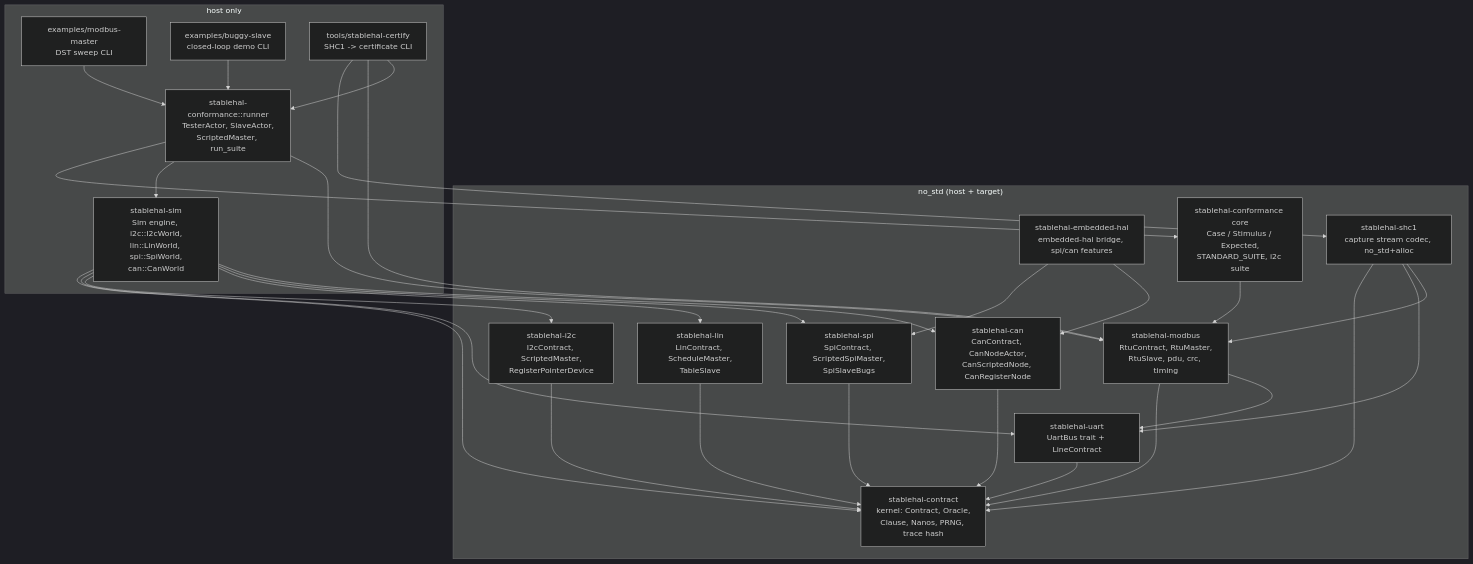
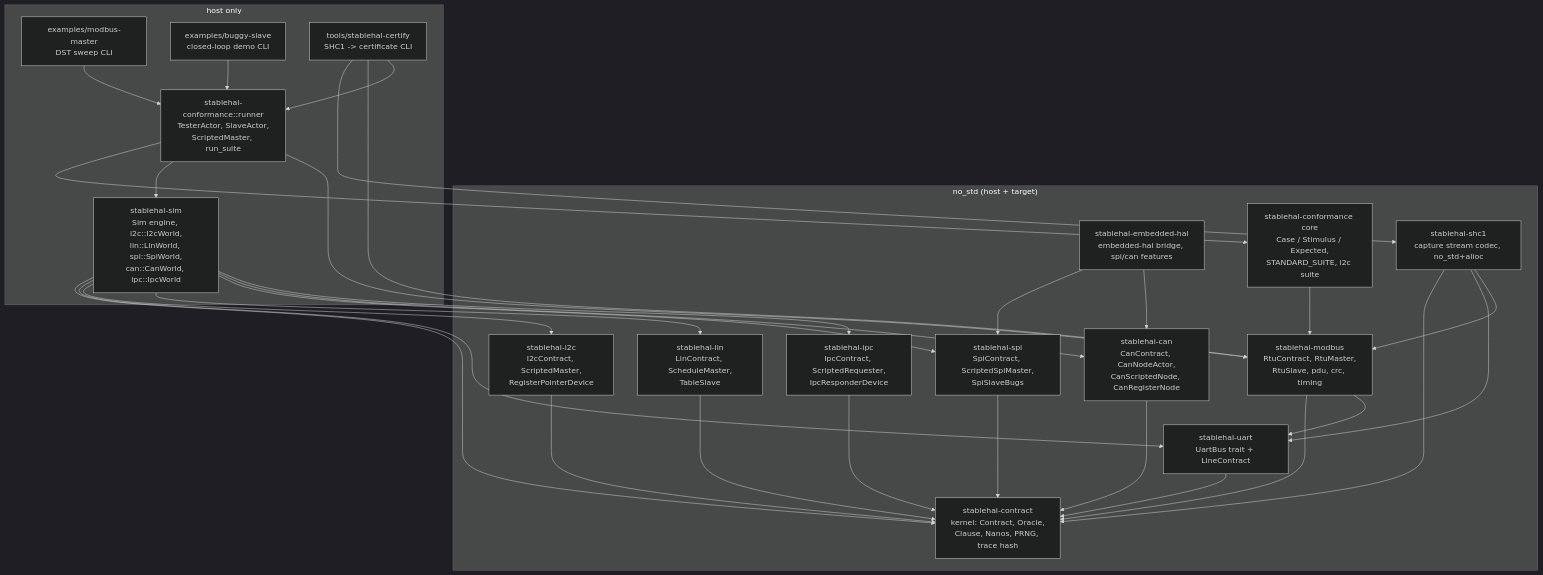
The second of 10 diagrams in docs/architecture.md (akharon/stable-hal), drawn with Mermaid (dark theme) before and after one commit. The commit also changed other lines of this file and 24 other files, not shown here.

````diff
--- a/docs/architecture.md
+++ b/docs/architecture.md
@@ -133,49 +143,52 @@
 ```mermaid
 flowchart TD
     subgraph no_std["no_std (host + target)"]
         CONTRACT[stablehal-contract<br>kernel: Contract, Oracle,<br>Clause, Nanos, PRNG, trace hash]
         UART[stablehal-uart<br>UartBus trait + LineContract]
         MODBUS[stablehal-modbus<br>RtuContract, RtuMaster,<br>RtuSlave, pdu, crc, timing]
         I2C[stablehal-i2c<br>I2cContract, ScriptedMaster,<br>RegisterPointerDevice]
         LIN[stablehal-lin<br>LinContract, ScheduleMaster,<br>TableSlave]
         SPI[stablehal-spi<br>SpiContract, ScriptedSpiMaster,<br>SpiSlaveBugs]
         CAN[stablehal-can<br>CanContract, CanNodeActor,<br>CanScriptedNode, CanRegisterNode]
+        IPC[stablehal-ipc<br>IpcContract, ScriptedRequester,<br>IpcResponderDevice]
         EHAL[stablehal-embedded-hal<br>embedded-hal bridge, spi/can features]
         SHC1[stablehal-shc1<br>capture stream codec, no_std+alloc]
         CONFCORE[stablehal-conformance core<br>Case / Stimulus / Expected,<br>STANDARD_SUITE, i2c suite]
     end
     subgraph host["host only"]
-        SIM[stablehal-sim<br>Sim engine, i2c::I2cWorld,<br>lin::LinWorld, spi::SpiWorld,<br>can::CanWorld]
+        SIM[stablehal-sim<br>Sim engine, i2c::I2cWorld,<br>lin::LinWorld, spi::SpiWorld,<br>can::CanWorld, ipc::IpcWorld]
         RUNNER[stablehal-conformance::runner<br>TesterActor, SlaveActor,<br>ScriptedMaster, run_suite]
         EX1[examples/modbus-master<br>DST sweep CLI]
         EX2[examples/buggy-slave<br>closed-loop demo CLI]
         CERTIFY[tools/stablehal-certify<br>SHC1 -> certificate CLI]
     end
     UART --> CONTRACT
     MODBUS --> CONTRACT
     MODBUS --> UART
     I2C --> CONTRACT
     LIN --> CONTRACT
     SPI --> CONTRACT
     CAN --> CONTRACT
+    IPC --> CONTRACT
     EHAL --> SPI
     EHAL --> CAN
     SHC1 --> CONTRACT
     SHC1 --> UART
     SHC1 --> MODBUS
     SIM --> CONTRACT
     SIM --> UART
     SIM --> I2C
     SIM --> LIN
     SIM --> SPI
     SIM --> CAN
+    SIM --> IPC
     CONFCORE --> MODBUS
     RUNNER --> CONFCORE
     RUNNER --> SIM
     RUNNER --> MODBUS
     EX1 --> RUNNER
     EX2 --> RUNNER
     CERTIFY --> SHC1
     CERTIFY --> MODBUS
     CERTIFY --> RUNNER
 ```
````
